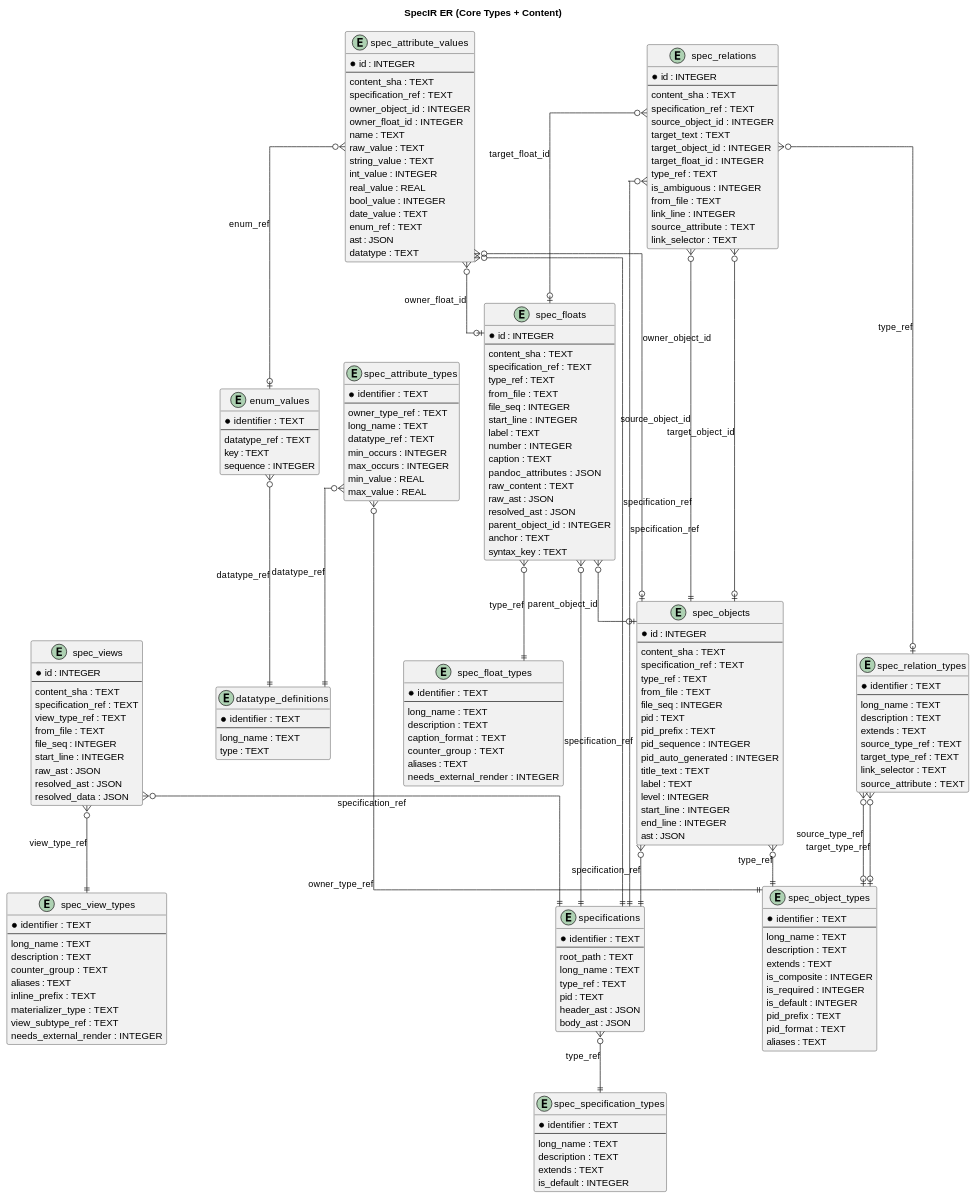
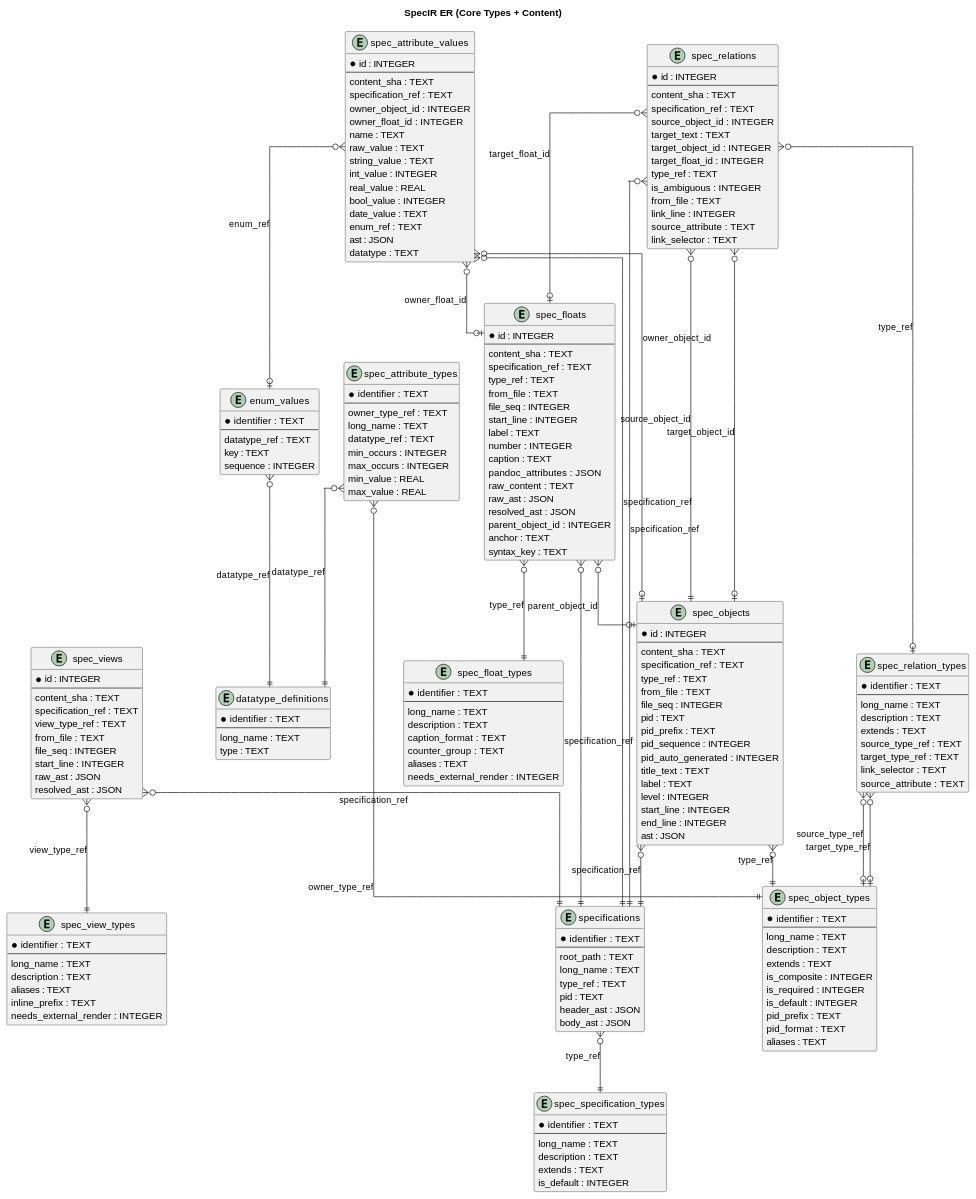
Before and after one commit to SpecIR/SpecCompiler: the diagram in docs/engineering_docs/architecture/spec_ir_schema.md, drawn with PlantUML. The commit also changed other lines of this file and 159 other files, not shown here.

```diff
--- a/docs/engineering_docs/architecture/spec_ir_schema.md
+++ b/docs/engineering_docs/architecture/spec_ir_schema.md
@@ -95,11 +95,8 @@
   --
   long_name : TEXT
   description : TEXT
-  counter_group : TEXT
   aliases : TEXT
   inline_prefix : TEXT
-  materializer_type : TEXT
-  view_subtype_ref : TEXT
   needs_external_render : INTEGER
 }
 
@@ -210,7 +207,6 @@
   start_line : INTEGER
   raw_ast : JSON
   resolved_ast : JSON
-  resolved_data : JSON
 }
 
 entity "spec_attribute_values" as spec_attribute_values {
```
